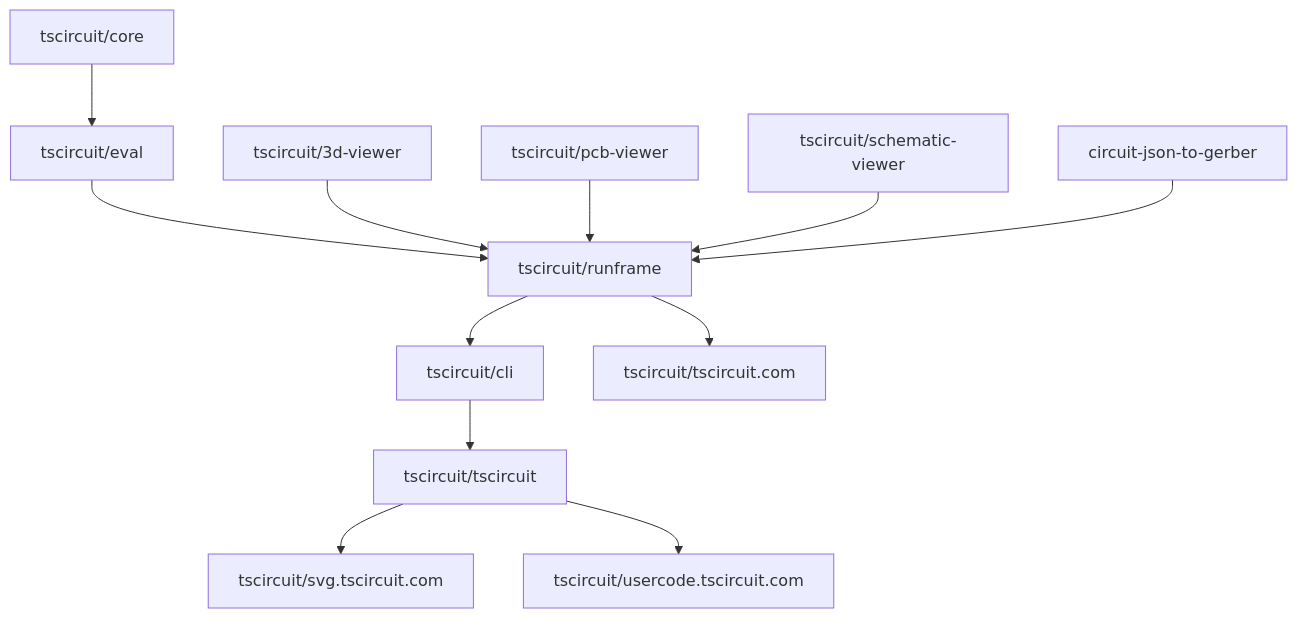
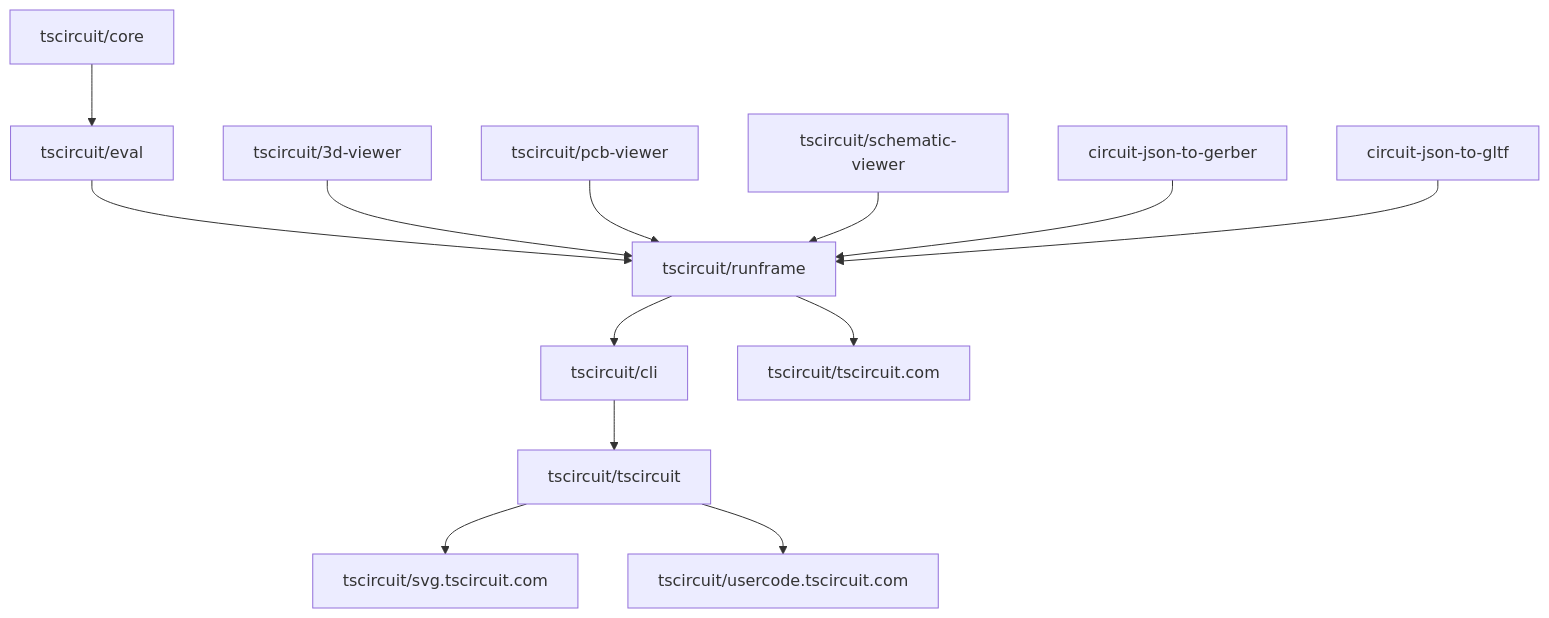
Before and after one commit to tscircuit/docs: the diagram in docs/contributing/package-dependencies-and-auto-updates.mdx, drawn with Mermaid.

Commit message:
Add circuit-json-to-gltf <> runframe to auto update pipeline diagram

````diff
--- a/docs/contributing/package-dependencies-and-auto-updates.mdx
+++ b/docs/contributing/package-dependencies-and-auto-updates.mdx
@@ -14,34 +14,37 @@
 ```mermaid
 flowchart TD
 
     %% Core to Eval
     core[tscircuit/core] --> eval[tscircuit/eval]
 
     %% Eval to Runframe
     eval --> runframe[tscircuit/runframe]
 
     %% 3D Viewer to Runframe
     viewer3d[tscircuit/3d-viewer] --> runframe
 
     %% PCB Viewer to Runframe
     pcbviewer[tscircuit/pcb-viewer] --> runframe
 
     %% Schematic Viewer to Runframe
     schemaviewer[tscircuit/schematic-viewer] --> runframe
 
     %% Circuit JSON to Gerber to Runframe
     circuitjsontogerber[circuit-json-to-gerber] --> runframe
 
+    %% Circuit JSON to GLTF to Runframe
+    circuitjsontogltf[circuit-json-to-gltf] --> runframe
+
     %% Runframe to CLI
     runframe --> cli[tscircuit/cli]
 
     %% Runframe to tscircuit.com
     runframe --> tscircuitcom[tscircuit/tscircuit.com]
     
     %% CLI to Tscircuit
     cli --> tscircuit[tscircuit/tscircuit]
 
     %% Tscircuit to web services
     tscircuit --> svg[tscircuit/svg.tscircuit.com]
     tscircuit --> usercode[tscircuit/usercode.tscircuit.com]
 ```
````
